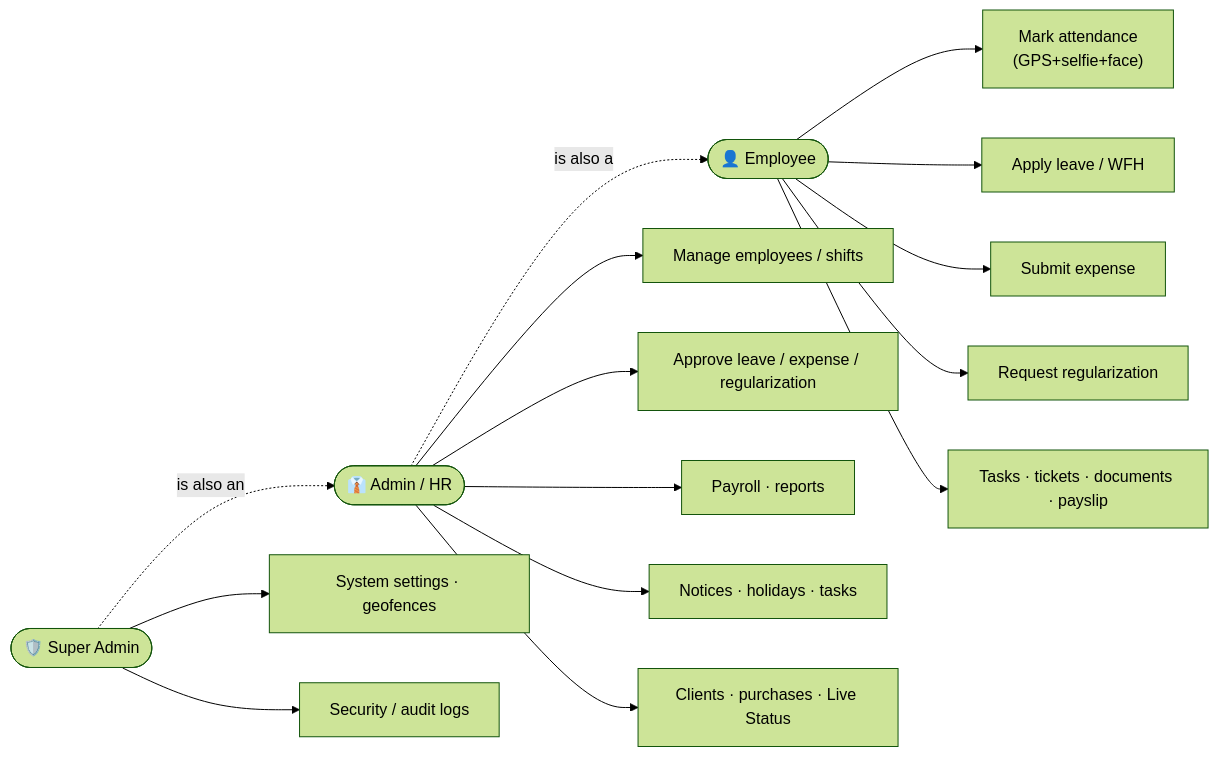
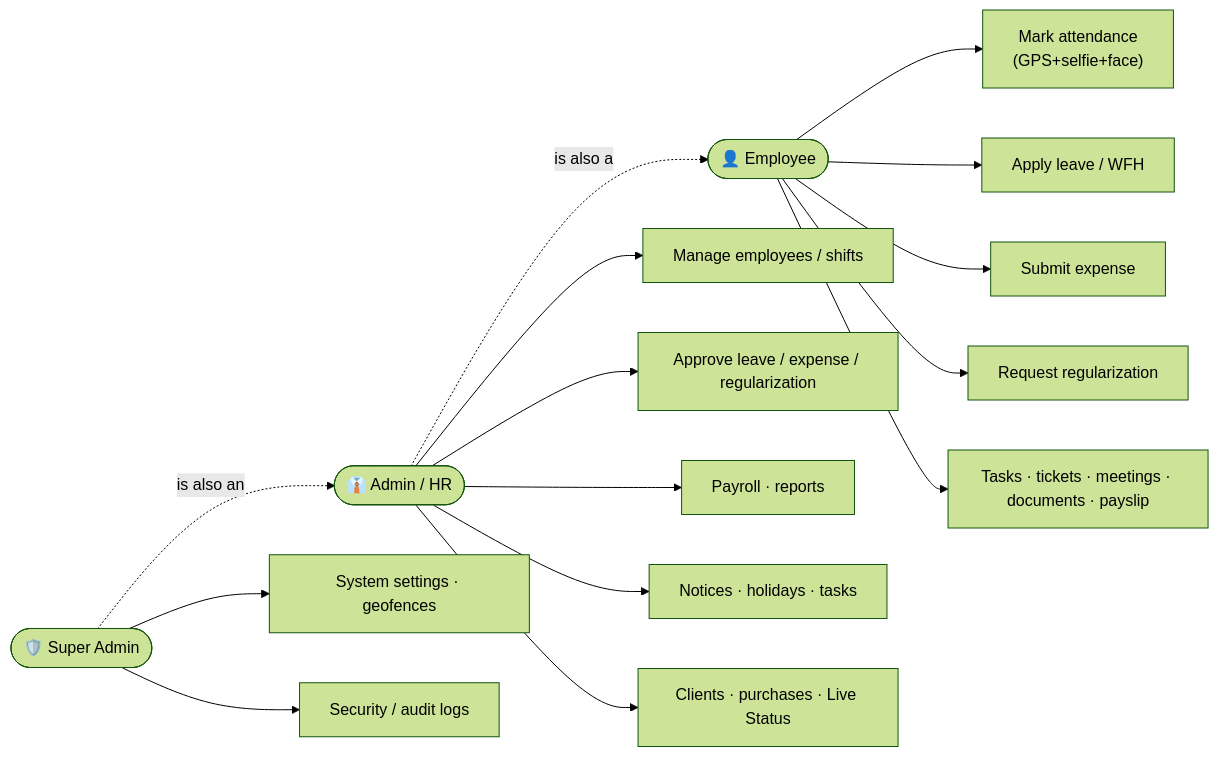
The tenth of 13 diagrams in README.md (anantha-ctrl/GeoAttendPro), drawn with Mermaid (forest theme) before and after one commit. The commit also changed other lines of this file and 20 other files, not shown here.

````diff
--- a/README.md
+++ b/README.md
@@ -171,24 +186,24 @@
 ```mermaid
 flowchart LR
   EMP(["👤 Employee"])
   ADM(["👔 Admin / HR"])
   SAD(["🛡️ Super Admin"])
 
   EMP --> UC1["Mark attendance<br/>(GPS+selfie+face)"]
   EMP --> UC2["Apply leave / WFH"]
   EMP --> UC3["Submit expense"]
   EMP --> UC4["Request regularization"]
-  EMP --> UC5["Tasks · tickets · documents · payslip"]
+  EMP --> UC5["Tasks · tickets · meetings · documents · payslip"]
 
   ADM --> UC6["Manage employees / shifts"]
   ADM --> UC7["Approve leave / expense / regularization"]
   ADM --> UC8["Payroll · reports"]
   ADM --> UC9["Notices · holidays · tasks"]
   ADM --> UC10["Clients · purchases · Live Status"]
 
   SAD --> UC11["System settings · geofences"]
   SAD --> UC12["Security / audit logs"]
 
   ADM -. "is also a" .-> EMP
   SAD -. "is also an" .-> ADM
 ```
````
